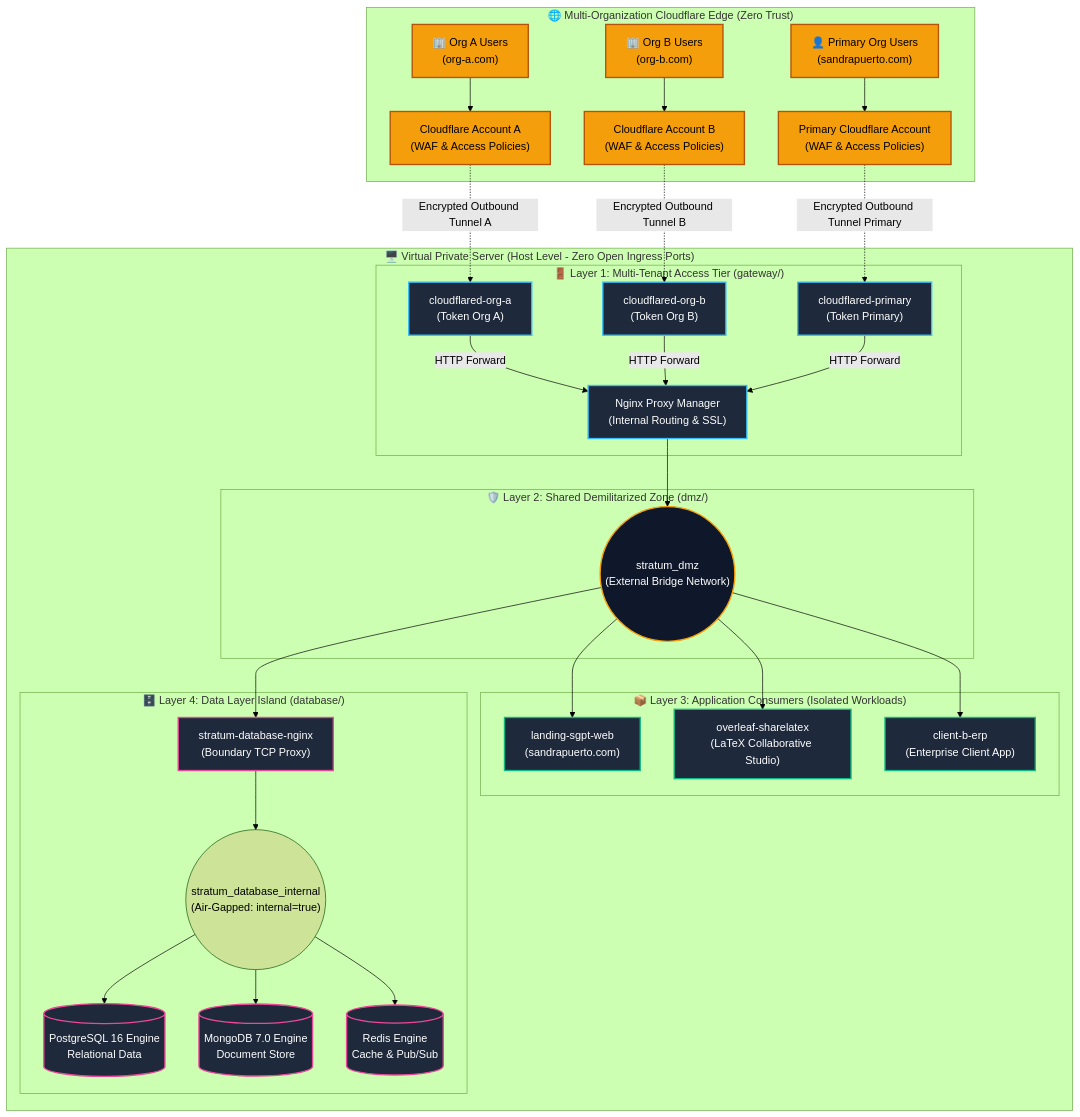
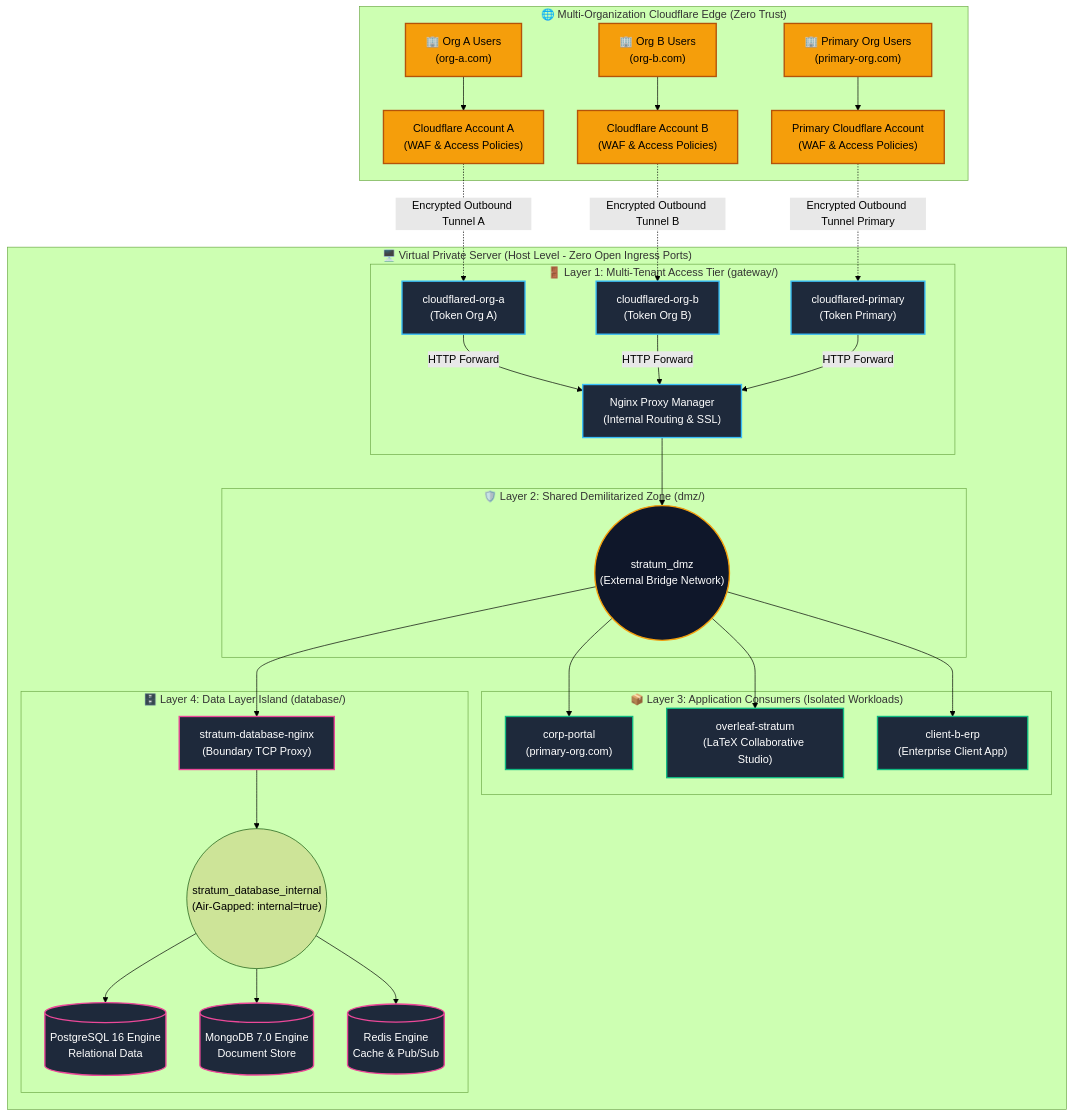
One commit to sandra-puerto/stratum-core changed the first of 3 diagrams in README.md. Above: the diagram before and after it, drawn with Mermaid (forest theme). The commit also changed 5 other files, not shown here.

````diff
--- a/README.md
+++ b/README.md
@@ -36,68 +36,68 @@
 ```mermaid
 graph TB
     subgraph MultiOrgWAN ["🌐 Multi-Organization Cloudflare Edge (Zero Trust)"]
         ClientA["🏢 Org A Users<br/>(org-a.com)"] --> CF_A["Cloudflare Account A<br/>(WAF & Access Policies)"]
         ClientB["🏢 Org B Users<br/>(org-b.com)"] --> CF_B["Cloudflare Account B<br/>(WAF & Access Policies)"]
-        ClientPri["👤 Primary Org Users<br/>(sandrapuerto.com)"] --> CF_Pri["Primary Cloudflare Account<br/>(WAF & Access Policies)"]
+        ClientPri["🏢 Primary Org Users<br/>(primary-org.com)"] --> CF_Pri["Primary Cloudflare Account<br/>(WAF & Access Policies)"]
     end
 
     subgraph Host ["🖥️ Virtual Private Server (Host Level - Zero Open Ingress Ports)"]
         subgraph GatewayIsland ["🚪 Layer 1: Multi-Tenant Access Tier (gateway/)"]
             Tunnel_A["cloudflared-org-a<br/>(Token Org A)"]
             Tunnel_B["cloudflared-org-b<br/>(Token Org B)"]
             Tunnel_Pri["cloudflared-primary<br/>(Token Primary)"]
             
             NPM["Nginx Proxy Manager<br/>(Internal Routing & SSL)"]
 
             Tunnel_A -->|HTTP Forward| NPM
             Tunnel_B -->|HTTP Forward| NPM
             Tunnel_Pri -->|HTTP Forward| NPM
         end
 
         subgraph SharedDMZ ["🛡️ Layer 2: Shared Demilitarized Zone (dmz/)"]
             DMZ_Net(("stratum_dmz<br/>(External Bridge Network)"))
         end
 
         subgraph ConsumerApps ["📦 Layer 3: Application Consumers (Isolated Workloads)"]
-            App1["landing-sgpt-web<br/>(sandrapuerto.com)"]
-            App2["overleaf-sharelatex<br/>(LaTeX Collaborative Studio)"]
+            App1["corp-portal<br/>(primary-org.com)"]
+            App2["overleaf-stratum<br/>(LaTeX Collaborative Studio)"]
             App3["client-b-erp<br/>(Enterprise Client App)"]
         end
 
         subgraph DatabaseIsland ["🗄️ Layer 4: Data Layer Island (database/)"]
             DB_Proxy["stratum-database-nginx<br/>(Boundary TCP Proxy)"]
             DB_Net(("stratum_database_internal<br/>(Air-Gapped: internal=true)"))
             
             Postgres[("PostgreSQL 16 Engine<br/>Relational Data")]
             MongoDB[("MongoDB 7.0 Engine<br/>Document Store")]
             Redis[("Redis Engine<br/>Cache & Pub/Sub")]
 
             DB_Proxy --> DB_Net
             DB_Net --> Postgres
             DB_Net --> MongoDB
             DB_Net --> Redis
         end
     end
 
     CF_A -.->|Encrypted Outbound Tunnel A| Tunnel_A
     CF_B -.->|Encrypted Outbound Tunnel B| Tunnel_B
     CF_Pri -.->|Encrypted Outbound Tunnel Primary| Tunnel_Pri
 
     NPM --> DMZ_Net
     DMZ_Net --> App1
     DMZ_Net --> App2
     DMZ_Net --> App3
     DMZ_Net --> DB_Proxy
 
     classDef edge fill:#f59e0b,stroke:#b45309,stroke-width:2px,color:#000;
     classDef gateway fill:#1e293b,stroke:#38bdf8,stroke-width:2px,color:#fff;
     classDef dmz fill:#0f172a,stroke:#f59e0b,stroke-width:2px,color:#fff;
     classDef consumer fill:#1e293b,stroke:#10b981,stroke-width:2px,color:#fff;
     classDef database fill:#1e293b,stroke:#ec4899,stroke-width:2px,color:#fff;
 
     class ClientA,ClientB,ClientPri,CF_A,CF_B,CF_Pri edge;
     class Tunnel_A,Tunnel_B,Tunnel_Pri,NPM gateway;
     class DMZ_Net dmz;
     class App1,App2,App3 consumer;
     class DB_Proxy,Postgres,MongoDB,Redis database;
 ```
````
